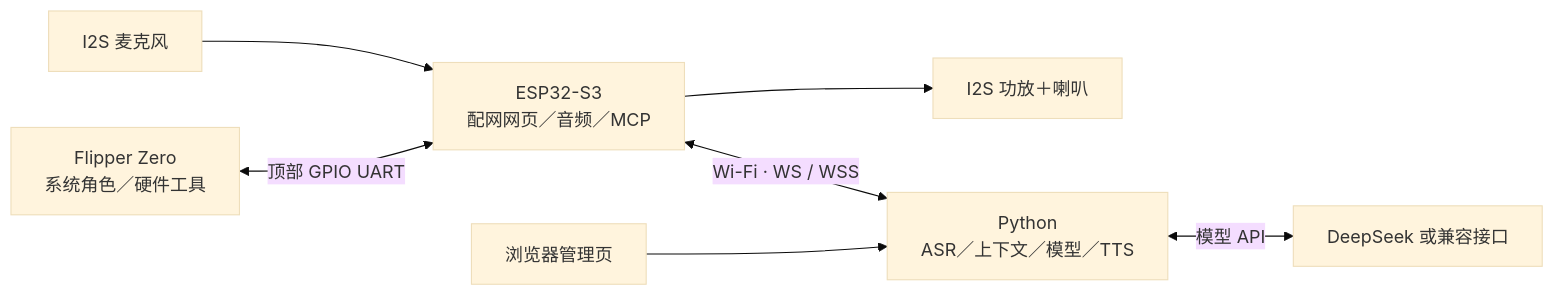
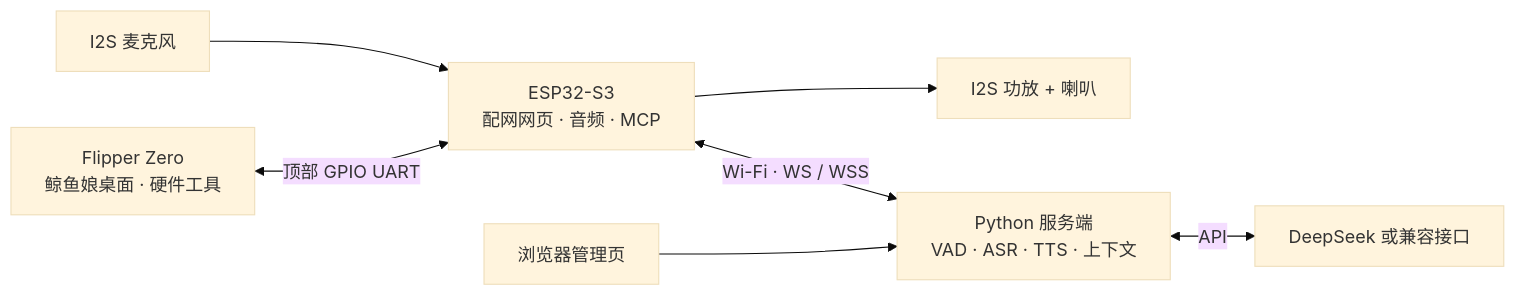
The diagram in README.md (yichen115/DeepFlipper), drawn with Mermaid (base theme) before and after one commit. The commit also changed other lines of this file and 2016 other files, not shown here.

````diff
--- a/README.md
+++ b/README.md
@@ -34,9 +86,9 @@
 ```mermaid
 flowchart LR
-    MIC["I2S 麦克风"] --> ESP["ESP32-S3\n配网网页／音频／MCP"]
-    ESP --> SPK["I2S 功放＋喇叭"]
-    FZ["Flipper Zero\n系统角色／硬件工具"] <-->|"顶部 GPIO UART"| ESP
-    ESP <-->|"Wi-Fi · WS / WSS"| PY["Python\nASR／上下文／模型／TTS"]
-    PY <-->|"模型 API"| LLM["DeepSeek 或兼容接口"]
+    MIC["I2S 麦克风"] --> ESP["ESP32-S3<br/>配网网页 · 音频 · MCP"]
+    ESP --> SPK["I2S 功放 + 喇叭"]
+    FZ["Flipper Zero<br/>鲸鱼娘桌面 · 硬件工具"] <-->|"顶部 GPIO UART"| ESP
+    ESP <-->|"Wi-Fi · WS / WSS"| PY["Python 服务端<br/>VAD · ASR · TTS · 上下文"]
+    PY <-->|"API"| LLM["DeepSeek 或兼容接口"]
     WEB["浏览器管理页"] --> PY
 ```
````
